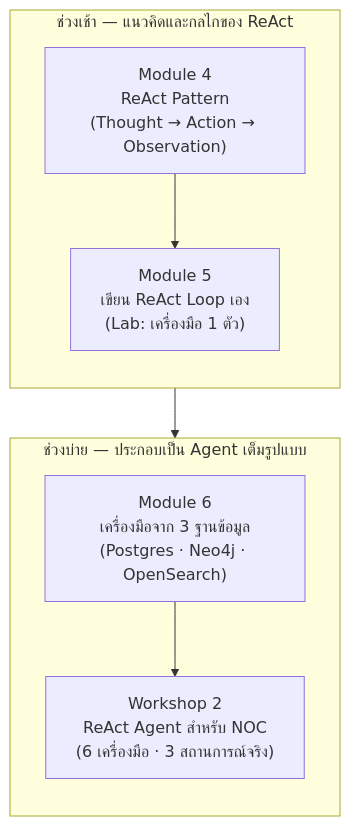
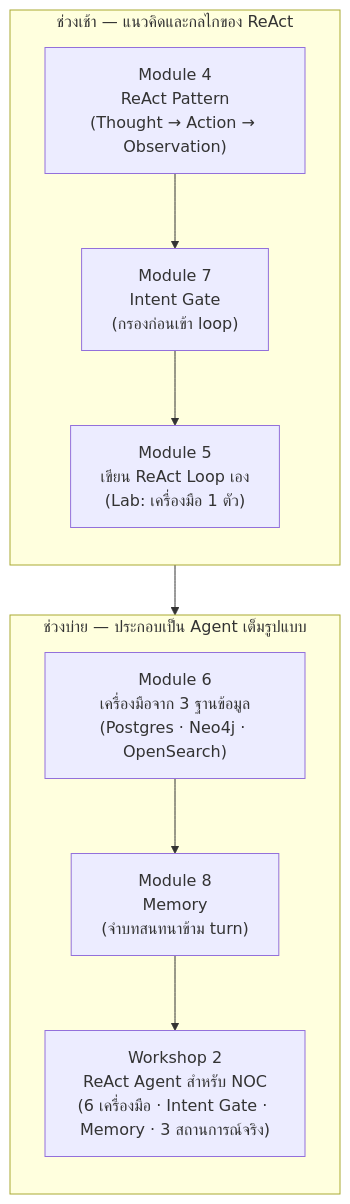
Before and after one commit to LLM-CE-KMITL/mcp-workshop: the diagram in INSTRUCTIONS/day2/00-day2-overview.md, drawn with Mermaid. The commit also changed other lines of this file and 11 other files, not shown here.

Commit message:
update intent and memory

````diff
--- a/INSTRUCTIONS/day2/00-day2-overview.md
+++ b/INSTRUCTIONS/day2/00-day2-overview.md
@@ -9,14 +9,16 @@
 ```mermaid
 flowchart TD
     subgraph M["ช่วงเช้า — แนวคิดและกลไกของ ReAct"]
         direction TB
-        M1["Module 4<br/>ReAct Pattern<br/>(Thought → Action → Observation)"] --> M2["Module 5<br/>เขียน ReAct Loop เอง<br/>(Lab: เครื่องมือ 1 ตัว)"]
+        M1["Module 4<br/>ReAct Pattern<br/>(Thought → Action → Observation)"] --> M2["Module 7<br/>Intent Gate<br/>(กรองก่อนเข้า loop)"]
+        M2 --> M3["Module 5<br/>เขียน ReAct Loop เอง<br/>(Lab: เครื่องมือ 1 ตัว)"]
     end
 
-    M2 --> A
+    M3 --> A
 
     subgraph A["ช่วงบ่าย — ประกอบเป็น Agent เต็มรูปแบบ"]
         direction TB
-        A1["Module 6<br/>เครื่องมือจาก 3 ฐานข้อมูล<br/>(Postgres · Neo4j · OpenSearch)"] --> A2["Workshop 2<br/>ReAct Agent สำหรับ NOC<br/>(6 เครื่องมือ · 3 สถานการณ์จริง)"]
+        A1["Module 6<br/>เครื่องมือจาก 3 ฐานข้อมูล<br/>(Postgres · Neo4j · OpenSearch)"] --> A2["Module 8<br/>Memory<br/>(จำบทสนทนาข้าม turn)"]
+        A2 --> A3["Workshop 2<br/>ReAct Agent สำหรับ NOC<br/>(6 เครื่องมือ · Intent Gate · Memory · 3 สถานการณ์จริง)"]
     end
 ```
````
